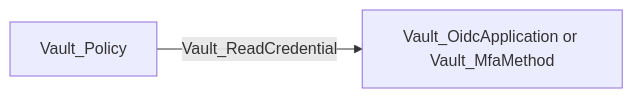
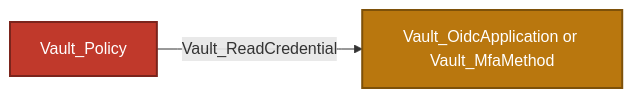
One commit to bytewreck/opengraph-vault changed the sixth of 11 diagrams in Documentation/stores/IDENTITY.md. Above: the diagram before and after it, drawn with Mermaid. The commit also changed other lines of this file and 4 other files, not shown here.

````diff
--- a/Documentation/stores/IDENTITY.md
+++ b/Documentation/stores/IDENTITY.md
@@ -139,4 +165,7 @@
 ```mermaid
 flowchart LR
-    policy[Vault_Policy] -->|Vault_ReadCredential| credential["Vault_OidcApplication or Vault_MfaMethod"]
+    policy[Vault_Policy]:::policyNode -->|Vault_ReadCredential| credential["Vault_OidcApplication or Vault_MfaMethod"]:::credentialNode
+
+    classDef policyNode fill:#C0392B,color:#fff,stroke:#7B241C,stroke-width:2px
+    classDef credentialNode fill:#B9770E,color:#fff,stroke:#7E5109,stroke-width:2px
 ```
````
